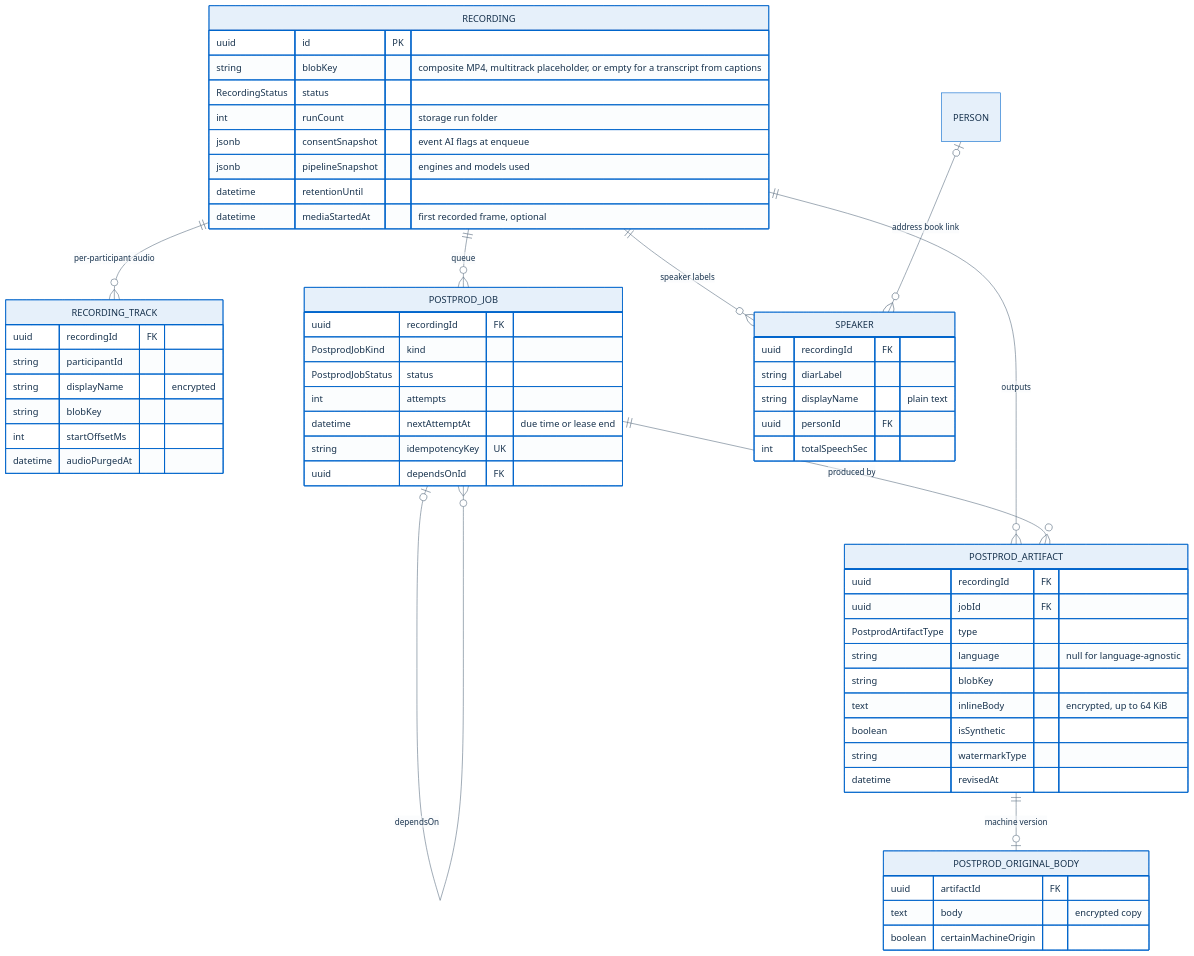
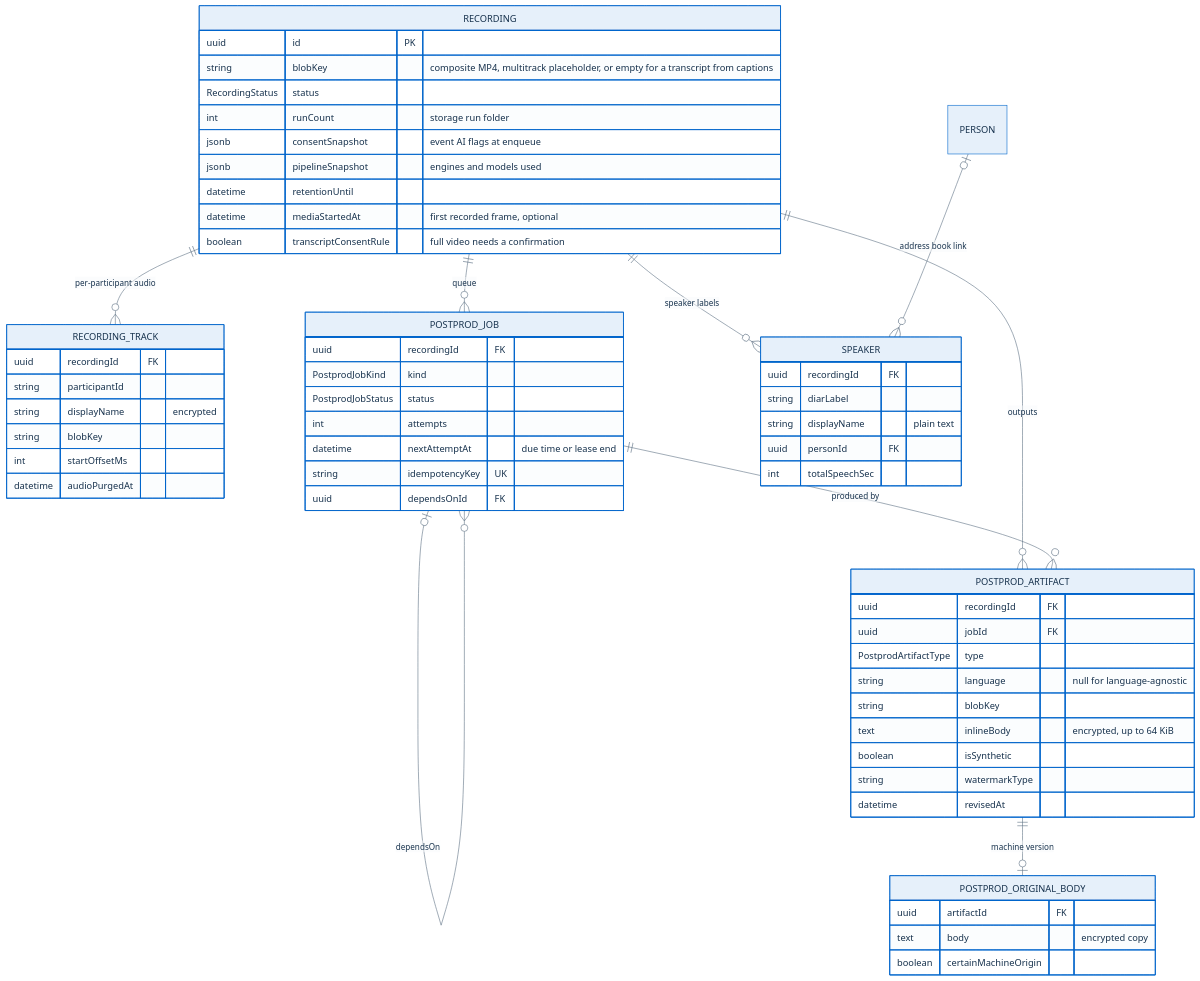
The fifth of 5 diagrams in docs/POSTPROD.md (italia/pa-webinar), drawn with Mermaid before and after one commit. The commit also changed other lines of this file and 18 other files, not shown here.

````diff
--- a/docs/POSTPROD.md
+++ b/docs/POSTPROD.md
@@ -1031,63 +1041,64 @@
 ```mermaid
 %%{init: {"theme": "base", "themeVariables": {"primaryColor": "#E6F0FA", "primaryBorderColor": "#0066CC", "primaryTextColor": "#17324D", "lineColor": "#5C6F82", "tertiaryColor": "#F7F9FB", "edgeLabelBackground": "#FFFFFF"}}}%%
 erDiagram
   RECORDING ||--o{ RECORDING_TRACK : "per-participant audio"
   RECORDING ||--o{ POSTPROD_JOB : "queue"
   POSTPROD_JOB |o--o{ POSTPROD_JOB : "dependsOn"
   RECORDING ||--o{ POSTPROD_ARTIFACT : "outputs"
   POSTPROD_JOB ||--o{ POSTPROD_ARTIFACT : "produced by"
   POSTPROD_ARTIFACT ||--o| POSTPROD_ORIGINAL_BODY : "machine version"
   RECORDING ||--o{ SPEAKER : "speaker labels"
   PERSON |o--o{ SPEAKER : "address book link"
 
   RECORDING {
     uuid id PK
     string blobKey "composite MP4, multitrack placeholder, or empty for a transcript from captions"
     RecordingStatus status
     int runCount "storage run folder"
     jsonb consentSnapshot "event AI flags at enqueue"
     jsonb pipelineSnapshot "engines and models used"
     datetime retentionUntil
     datetime mediaStartedAt "first recorded frame, optional"
+    boolean transcriptConsentRule "full video needs a confirmation"
   }
   RECORDING_TRACK {
     uuid recordingId FK
     string participantId
     string displayName "encrypted"
     string blobKey
     int startOffsetMs
     datetime audioPurgedAt
   }
   POSTPROD_JOB {
     uuid recordingId FK
     PostprodJobKind kind
     PostprodJobStatus status
     int attempts
     datetime nextAttemptAt "due time or lease end"
     string idempotencyKey UK
     uuid dependsOnId FK
   }
   POSTPROD_ARTIFACT {
     uuid recordingId FK
     uuid jobId FK
     PostprodArtifactType type
     string language "null for language-agnostic"
     string blobKey
     text inlineBody "encrypted, up to 64 KiB"
     boolean isSynthetic
     string watermarkType
     datetime revisedAt
   }
   POSTPROD_ORIGINAL_BODY {
     uuid artifactId FK
     text body "encrypted copy"
     boolean certainMachineOrigin
   }
   SPEAKER {
     uuid recordingId FK
     string diarLabel
     string displayName "plain text"
     uuid personId FK
     int totalSpeechSec
   }
 ```
````
